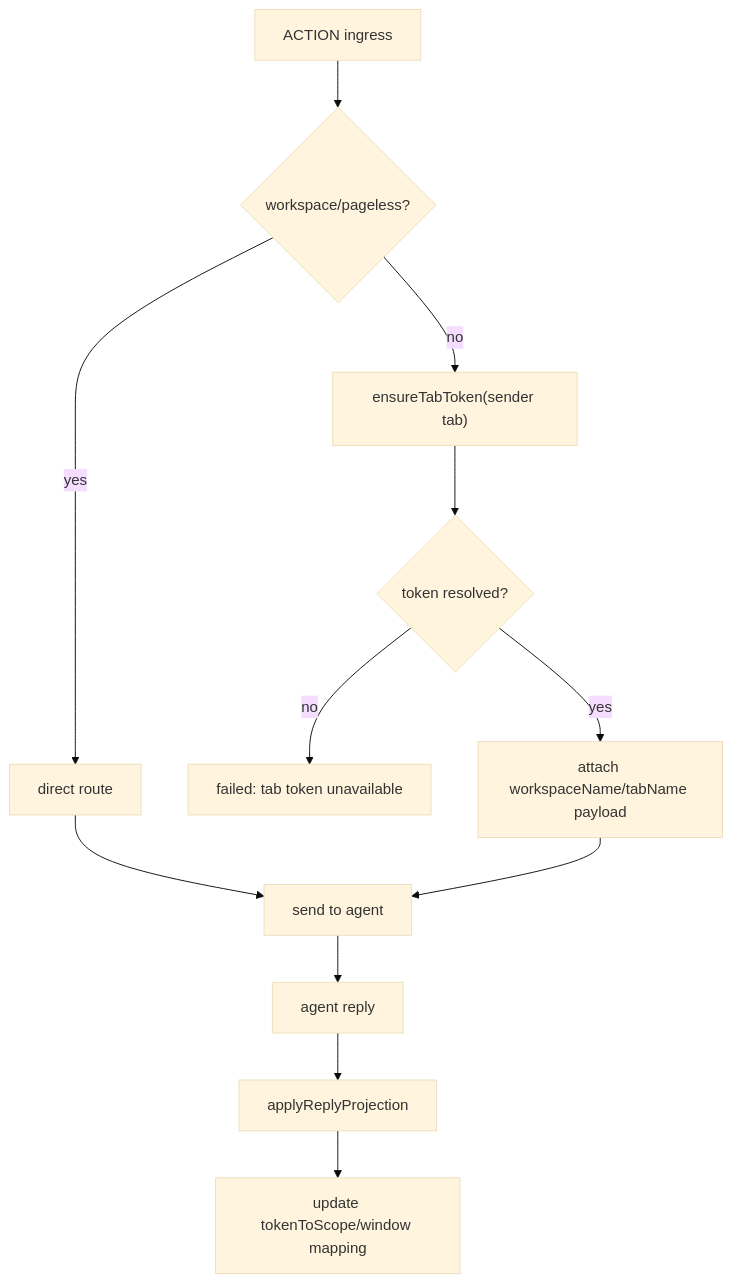
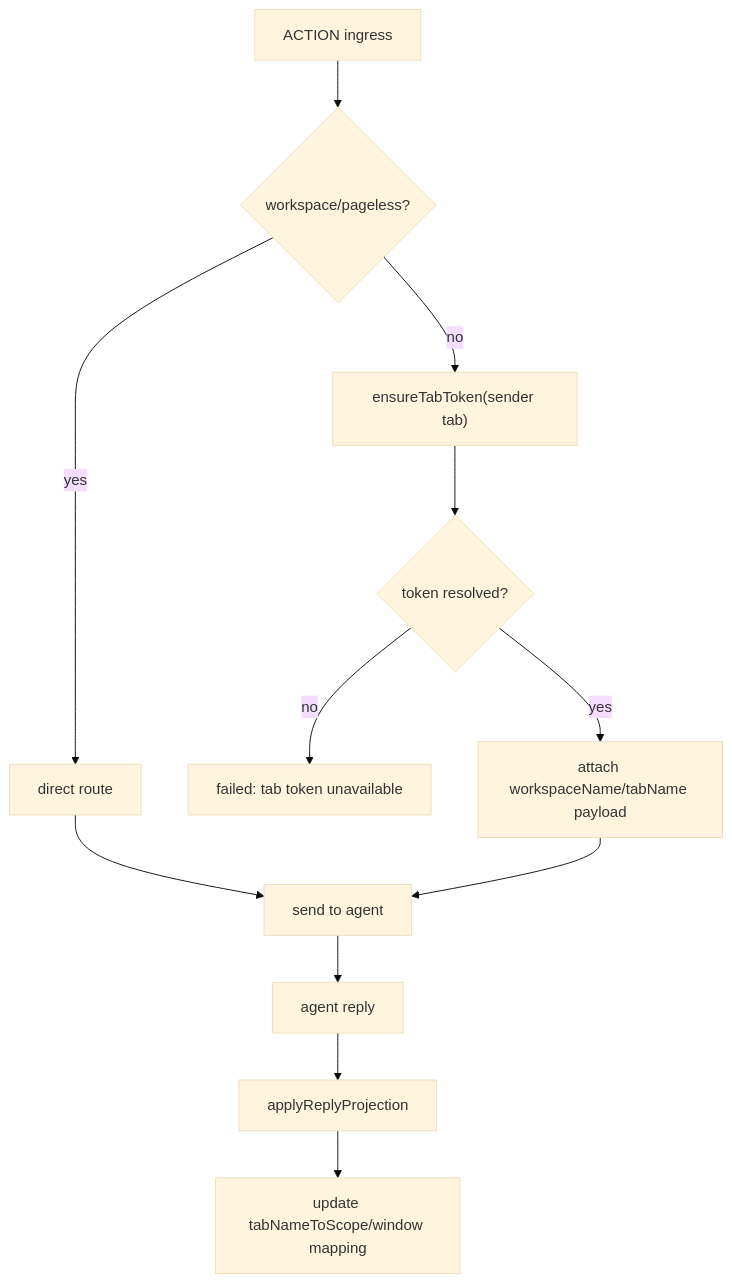
Before and after one commit to Aromatic05/rpa-browser: the third of 3 diagrams in docs/Runtime/WorkspaceAndTab.md, drawn with Mermaid (base theme). The commit also changed other lines of this file and 24 other files, not shown here.

````diff
--- a/docs/Runtime/WorkspaceAndTab.md
+++ b/docs/Runtime/WorkspaceAndTab.md
@@ -119,14 +119,14 @@
 ```mermaid
 flowchart TD
   A["ACTION ingress"] --> B{"workspace/pageless?"}
   B -- yes --> C["direct route"]
   B -- no --> D["ensureTabToken(sender tab)"]
   D --> E{"token resolved?"}
   E -- no --> F["failed: tab token unavailable"]
   E -- yes --> G["attach workspaceName/tabName payload"]
   C --> H["send to agent"]
   G --> H
   H --> I["agent reply"]
   I --> J["applyReplyProjection"]
-  J --> K["update tokenToScope/window mapping"]
+  J --> K["update tabNameToScope/window mapping"]
 ```
````
